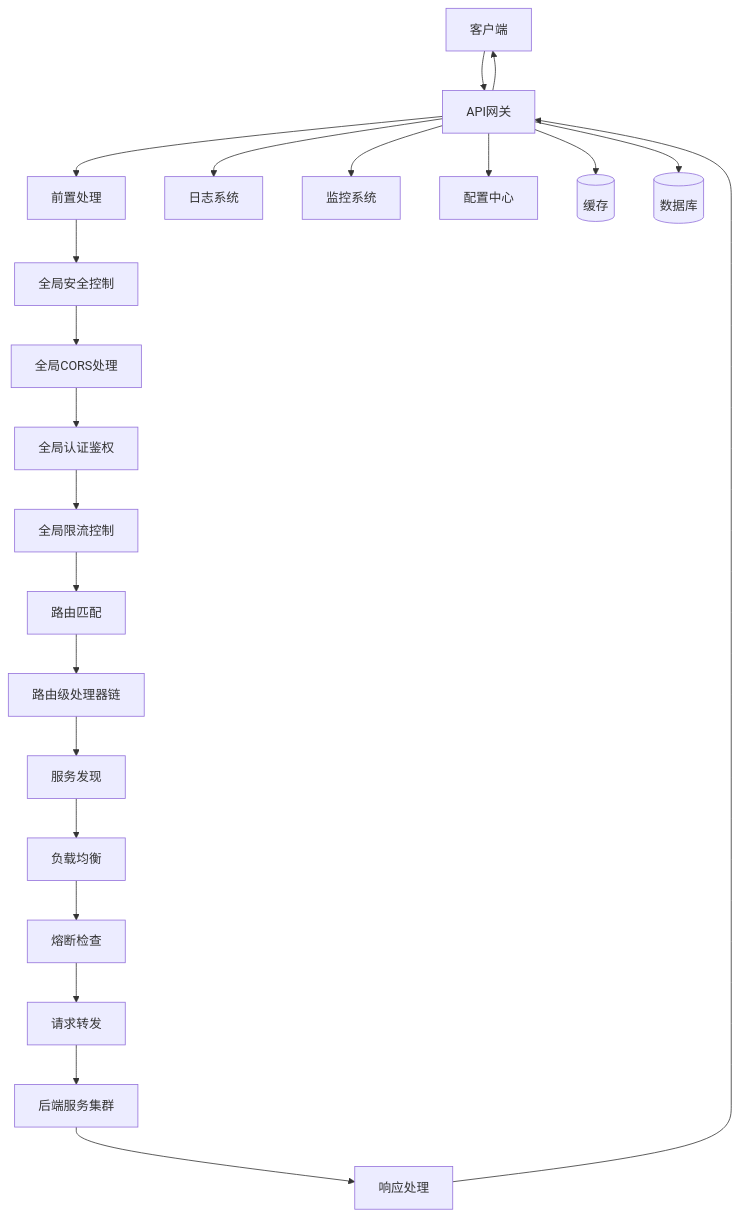
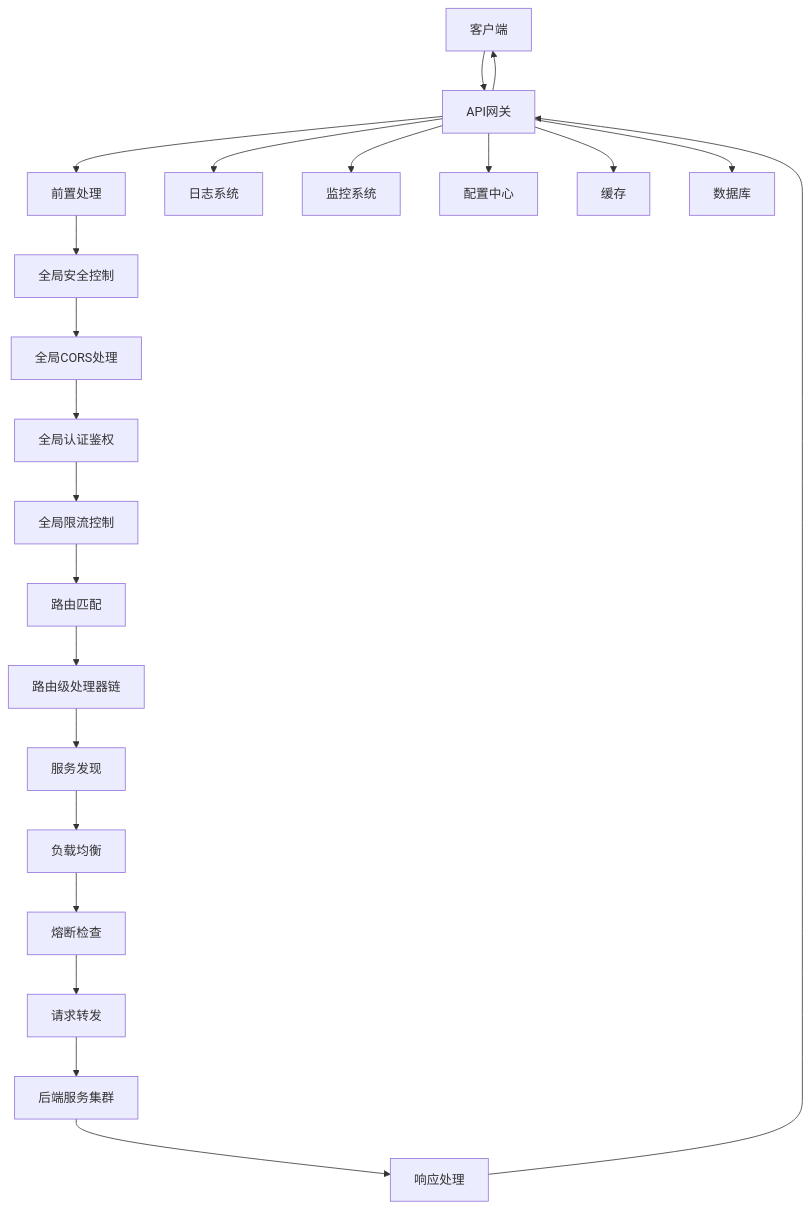
The diagram in README.md (fluxsce/gateway), drawn with Mermaid before and after one commit.

Commit message:
架构图预览错误修复

````diff
--- a/README.md
+++ b/README.md
@@ -66,26 +66,26 @@
 ```mermaid
-graph TB
+flowchart TB
     Client[客户端] --> Gateway[API网关]
     Gateway --> PreProcess[前置处理]
     PreProcess --> Security[全局安全控制]
     Security --> CORS[全局CORS处理]
     CORS --> Auth[全局认证鉴权]
     Auth --> RateLimit[全局限流控制]
     RateLimit --> Router[路由匹配]
     Router --> RouteHandlers[路由级处理器链]
     RouteHandlers --> Discovery[服务发现]
     Discovery --> LoadBalance[负载均衡]
     LoadBalance --> CircuitBreaker[熔断检查]
     CircuitBreaker --> ProxyForward[请求转发]
     
     ProxyForward --> Services[后端服务集群]
     Services --> PostProcess[响应处理]
     PostProcess --> Gateway
     Gateway --> Client
     
     Gateway --> Log[日志系统]
     Gateway --> Monitor[监控系统]
     Gateway --> Config[配置中心]
-    Gateway --> Cache[(缓存)]
-    Gateway --> DB[(数据库)]
+    Gateway --> Cache[缓存]
+    Gateway --> DB[数据库]
 ```
````
